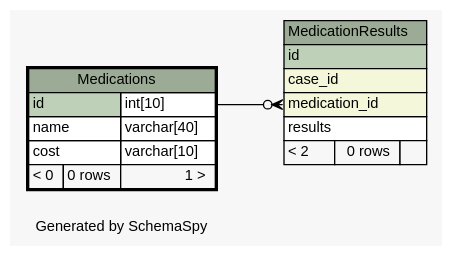
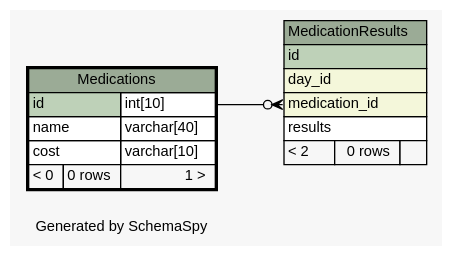
One commit to carrel2/CaseStudies changed the diagram in web/files/schema/diagrams/Medications.1degree.dot. Above: the diagram before and after it, drawn with Graphviz. The commit also changed 88 other files, not shown here.

```diff
--- a/web/files/schema/diagrams/Medications.1degree.dot
+++ b/web/files/schema/diagrams/Medications.1degree.dot
@@ -1,48 +1,48 @@
-// dot 2.38.0 on Linux 4.4.0-59-generic
+// dot 2.38.0 on Linux 4.4.0-62-generic
 // SchemaSpy rev 590
 digraph "oneDegreeRelationshipsDiagram" {
   graph [
     rankdir="RL"
     bgcolor="#f7f7f7"
     label="\nGenerated by SchemaSpy"
     labeljust="l"
     nodesep="0.18"
     ranksep="0.46"
     fontname="Helvetica"
     fontsize="11"
   ];
   node [
     fontname="Helvetica"
     fontsize="11"
     shape="plaintext"
   ];
   edge [
     arrowsize="0.8"
   ];
   "MedicationResults":"medication_id":w -> "Medications":"id.type":e [arrowhead=none dir=back arrowtail=crowodot];
   "MedicationResults" [
     label=<
     <TABLE BORDER="0" CELLBORDER="1" CELLSPACING="0" BGCOLOR="#ffffff">
       <TR><TD COLSPAN="3" BGCOLOR="#9bab96" ALIGN="CENTER">MedicationResults</TD></TR>
       <TR><TD PORT="id" COLSPAN="3" BGCOLOR="#bed1b8" ALIGN="LEFT">id</TD></TR>
-      <TR><TD PORT="case_id" COLSPAN="3" BGCOLOR="#f4f7da" ALIGN="LEFT">case_id</TD></TR>
+      <TR><TD PORT="day_id" COLSPAN="3" BGCOLOR="#f4f7da" ALIGN="LEFT">day_id</TD></TR>
       <TR><TD PORT="medication_id" COLSPAN="3" BGCOLOR="#f4f7da" ALIGN="LEFT">medication_id</TD></TR>
       <TR><TD PORT="results" COLSPAN="3" ALIGN="LEFT">results</TD></TR>
       <TR><TD ALIGN="LEFT" BGCOLOR="#f7f7f7">&lt; 2</TD><TD ALIGN="RIGHT" BGCOLOR="#f7f7f7">0 rows</TD><TD ALIGN="RIGHT" BGCOLOR="#f7f7f7">  </TD></TR>
     </TABLE>>
     URL="MedicationResults.html"
     tooltip="MedicationResults"
   ];
   "Medications" [
     label=<
     <TABLE BORDER="2" CELLBORDER="1" CELLSPACING="0" BGCOLOR="#ffffff">
       <TR><TD COLSPAN="3" BGCOLOR="#9bab96" ALIGN="CENTER">Medications</TD></TR>
       <TR><TD PORT="id" COLSPAN="2" BGCOLOR="#bed1b8" ALIGN="LEFT">id</TD><TD PORT="id.type" ALIGN="LEFT">int[10]</TD></TR>
       <TR><TD PORT="name" COLSPAN="2" ALIGN="LEFT">name</TD><TD PORT="name.type" ALIGN="LEFT">varchar[40]</TD></TR>
       <TR><TD PORT="cost" COLSPAN="2" ALIGN="LEFT">cost</TD><TD PORT="cost.type" ALIGN="LEFT">varchar[10]</TD></TR>
       <TR><TD ALIGN="LEFT" BGCOLOR="#f7f7f7">&lt; 0</TD><TD ALIGN="RIGHT" BGCOLOR="#f7f7f7">0 rows</TD><TD ALIGN="RIGHT" BGCOLOR="#f7f7f7">1 &gt;</TD></TR>
     </TABLE>>
     URL="Medications.html"
     tooltip="Medications"
   ];
 }
```
